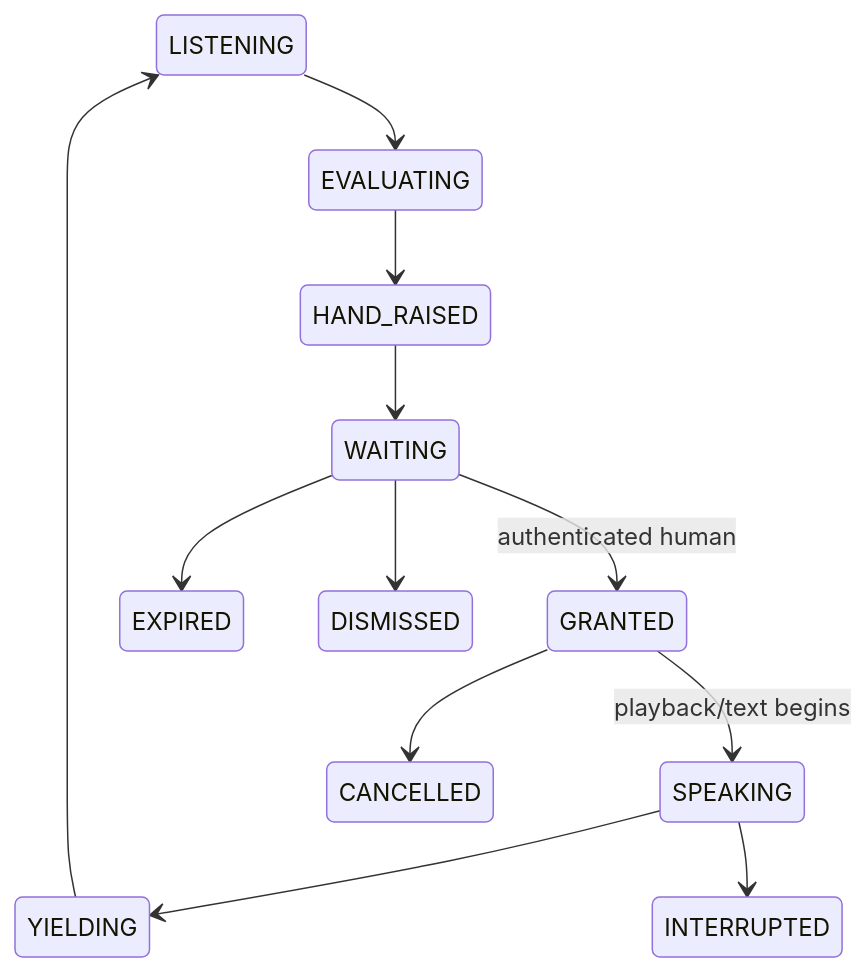
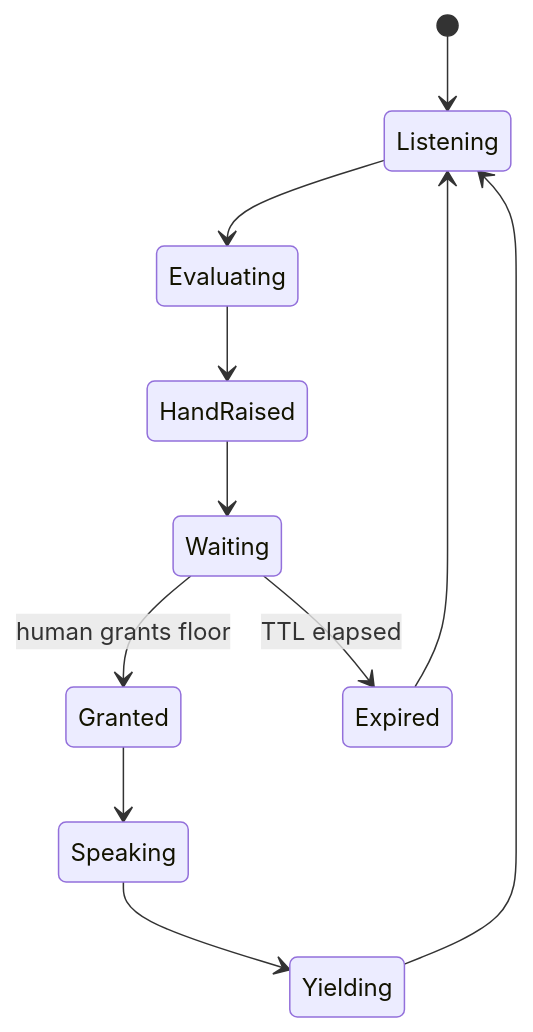
Before and after one commit to GaneshNair007/switch-AI: the third of 4 diagrams in README.md, drawn with Mermaid. The commit also changed other lines of this file and 28 other files, not shown here.

````diff
--- a/README.md
+++ b/README.md
@@ -68,14 +301,13 @@
 ```mermaid
 stateDiagram-v2
-    LISTENING --> EVALUATING
-    EVALUATING --> HAND_RAISED
-    HAND_RAISED --> WAITING
-    WAITING --> GRANTED: authenticated human
-    GRANTED --> SPEAKING: playback/text begins
-    SPEAKING --> YIELDING
-    YIELDING --> LISTENING
-    WAITING --> EXPIRED
-    WAITING --> DISMISSED
-    GRANTED --> CANCELLED
-    SPEAKING --> INTERRUPTED
+    [*] --> Listening
+    Listening --> Evaluating
+    Evaluating --> HandRaised
+    HandRaised --> Waiting
+    Waiting --> Granted: human grants floor
+    Waiting --> Expired: TTL elapsed
+    Granted --> Speaking
+    Speaking --> Yielding
+    Yielding --> Listening
+    Expired --> Listening
 ```
````
